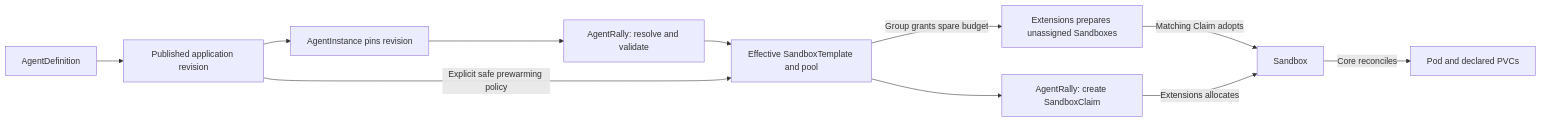
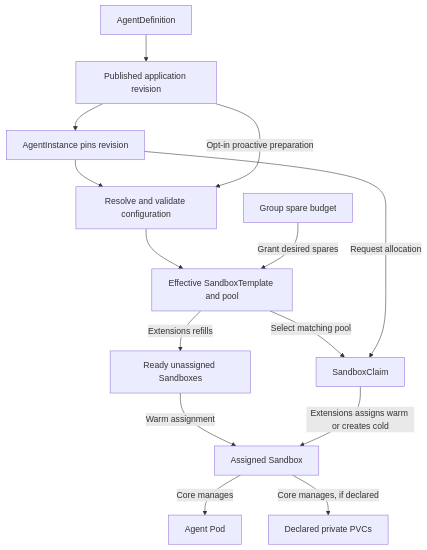
The second of 3 diagrams in docs/architecture.md (chizhang21/agentrally-operator), drawn with Mermaid before and after one commit. The commit also changed other lines of this file and 16 other files, not shown here.

Commit message:
Improve E2E validation and architecture docs

````diff
--- a/docs/architecture.md
+++ b/docs/architecture.md
@@ -50,13 +96,27 @@
 ```mermaid
-flowchart LR
-    D["AgentDefinition"] --> V["Published application revision"]
-    V --> AC["AgentInstance pins revision"]
-    AC --> R["AgentRally: resolve and validate"]
-    R --> P["Effective SandboxTemplate and pool"]
-    P --> CL["AgentRally: create SandboxClaim"]
-    V -->|"Explicit safe prewarming policy"| P
-    P -->|"Group grants spare budget"| W["Extensions prepares unassigned Sandboxes"]
-    W -->|"Matching Claim adopts"| S
-    CL -->|"Extensions allocates"| S["Sandbox"]
-    S -->|"Core reconciles"| X["Pod and declared PVCs"]
+flowchart TD
+    D["AgentDefinition"]
+    V["Published application revision"]
+    I["AgentInstance pins revision"]
+    R["Resolve and validate configuration"]
+    P["Effective SandboxTemplate and pool"]
+    G["Group spare budget"]
+    W["Ready unassigned Sandboxes"]
+    CL["SandboxClaim"]
+    S["Assigned Sandbox"]
+    X["Agent Pod"]
+    PVC["Declared private PVCs"]
+    D --> V
+    V --> I
+    I --> R
+    V -->|"Opt-in proactive preparation"| R
+    R --> P
+    G -->|"Grant desired spares"| P
+    P -->|"Extensions refills"| W
+    P -->|"Select matching pool"| CL
+    I -->|"Request allocation"| CL
+    W -->|"Warm assignment"| S
+    CL -->|"Extensions assigns warm or creates cold"| S
+    S -->|"Core manages"| X
+    S -->|"Core manages, if declared"| PVC
 ```
````
